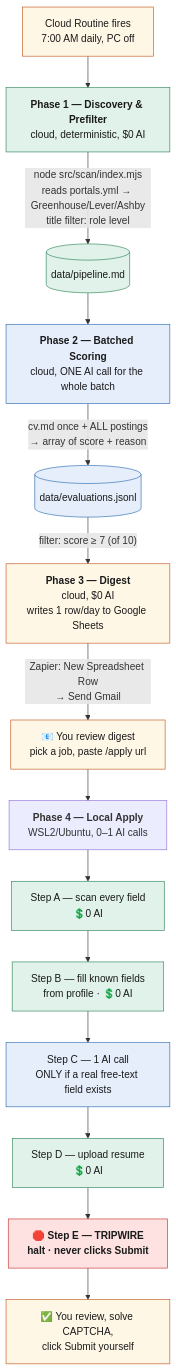
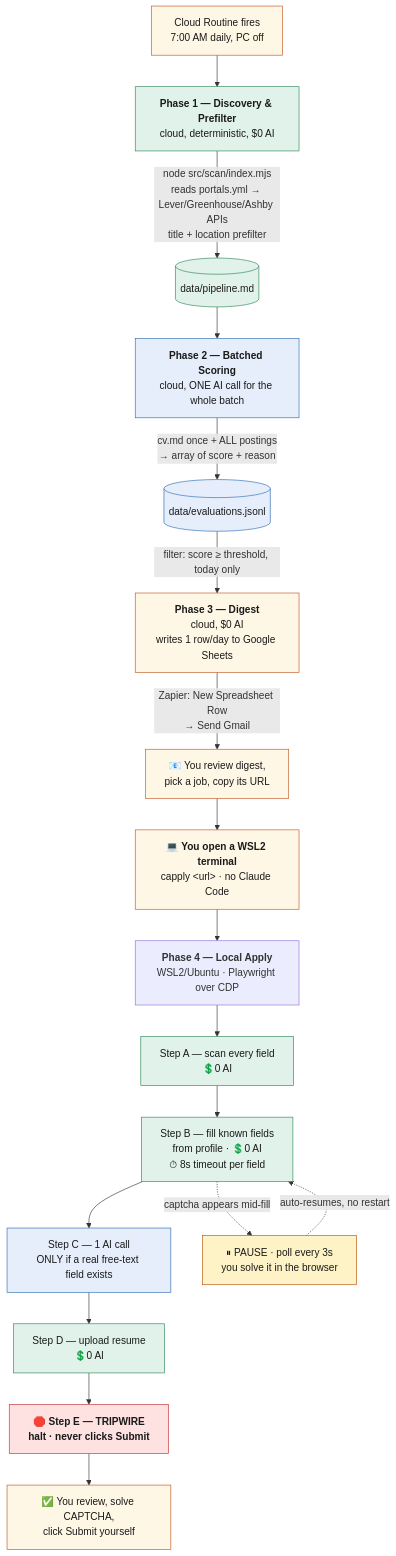
One commit to rohanaluri/claude-apply changed the diagram in docs/project-notes/pipeline-architecture.md. Above: the diagram before and after it, drawn with Mermaid. The commit also changed other lines of this file and 3 other files, not shown here.

Commit message:
Updated Phase 4 field and terminal logic and the documentation

````diff
--- a/docs/project-notes/pipeline-architecture.md
+++ b/docs/project-notes/pipeline-architecture.md
@@ -150,26 +184,32 @@
 ```mermaid
 flowchart TD
     A["Cloud Routine fires<br/>7:00 AM daily, PC off"] --> B["<b>Phase 1 — Discovery & Prefilter</b><br/>cloud, deterministic, $0 AI"]
-    B -->|"node src/scan/index.mjs<br/>reads portals.yml → Greenhouse/Lever/Ashby<br/>title filter: role level"| C[("data/pipeline.md")]
+    B -->|"node src/scan/index.mjs<br/>reads portals.yml → Lever/Greenhouse/Ashby APIs<br/>title + location prefilter"| C[("data/pipeline.md")]
     C --> D["<b>Phase 2 — Batched Scoring</b><br/>cloud, ONE AI call for the whole batch"]
     D -->|"cv.md once + ALL postings<br/>→ array of score + reason"| E[("data/evaluations.jsonl")]
-    E -->|"filter: score ≥ 7 (of 10)"| F["<b>Phase 3 — Digest</b><br/>cloud, $0 AI<br/>writes 1 row/day to Google Sheets"]
-    F -->|"Zapier: New Spreadsheet Row<br/>→ Send Gmail"| G["📧 You review digest<br/>pick a job, paste /apply url"]
-    G --> H["<b>Phase 4 — Local Apply</b><br/>WSL2/Ubuntu, 0–1 AI calls"]
+    E -->|"filter: score ≥ threshold, today only"| F["<b>Phase 3 — Digest</b><br/>cloud, $0 AI<br/>writes 1 row/day to Google Sheets"]
+    F -->|"Zapier: New Spreadsheet Row<br/>→ Send Gmail"| G["📧 You review digest,<br/>pick a job, copy its URL"]
+    G --> T["💻 <b>You open a WSL2 terminal</b><br/>capply &lt;url&gt; · no Claude Code"]
+    T --> H["<b>Phase 4 — Local Apply</b><br/>WSL2/Ubuntu · Playwright over CDP"]
     H --> H1["Step A — scan every field<br/>💲0 AI"]
-    H1 --> H2["Step B — fill known fields<br/>from profile · 💲0 AI"]
+    H1 --> H2["Step B — fill known fields<br/>from profile · 💲0 AI<br/>⏱ 8s timeout per field"]
     H2 --> H3["Step C — 1 AI call<br/>ONLY if a real free-text field exists"]
     H3 --> H4["Step D — upload resume<br/>💲0 AI"]
     H4 --> H5["🛑 Step E — TRIPWIRE<br/>halt · never clicks Submit"]
     H5 --> I["✅ You review, solve CAPTCHA,<br/>click Submit yourself"]
 
+    H2 -.->|"captcha appears mid-fill"| P["⏸ PAUSE · poll every 3s<br/>you solve it in the browser"]
+    P -.->|"auto-resumes, no restart"| H2
+
     classDef free fill:#e0f2e9,stroke:#2f855a,color:#1a1a1a
     classDef ai fill:#e6eefc,stroke:#2b6cb0,color:#1a1a1a
     classDef human fill:#fff7e6,stroke:#c05621,color:#1a1a1a
     classDef tripwire fill:#fde2e1,stroke:#c53030,color:#1a1a1a,font-weight:bold
+    classDef pause fill:#fef3c7,stroke:#b45309,color:#1a1a1a
 
     class B,C,H1,H2,H4 free
     class D,E,H3 ai
-    class A,F,G,I human
+    class A,F,G,I,T human
     class H5 tripwire
+    class P pause
 ```
````
